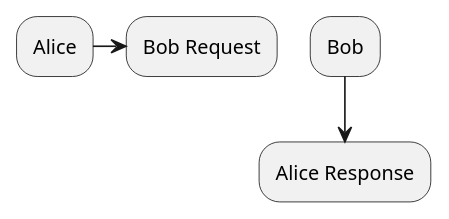
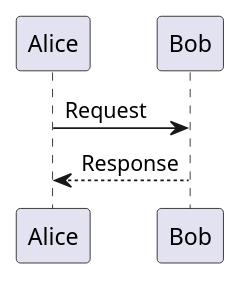
Before and after one commit to Aso2001018/2021sys_design: the diagram in test.md, drawn with PlantUML.

````diff
--- a/test.md
+++ b/test.md
@@ -1,6 +1,6 @@
 ```uml
 @startuml
-Alice -> Bob Request
-Bob --> Alice Response
+Alice -> Bob: Request
+Bob --> Alice: Response
 @enduml
 ```
````
